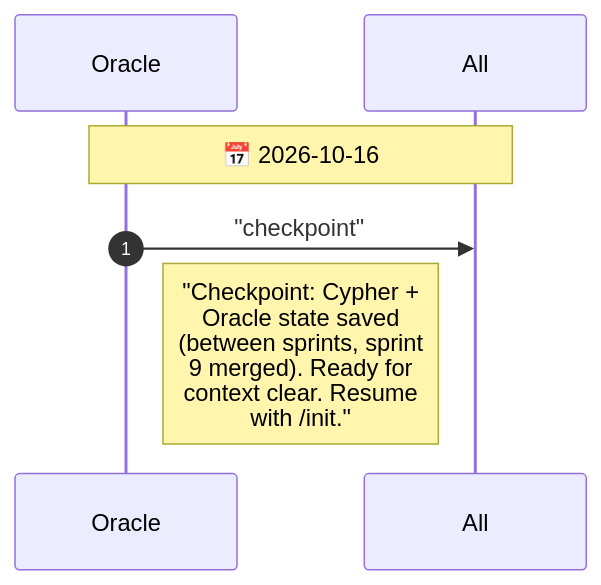
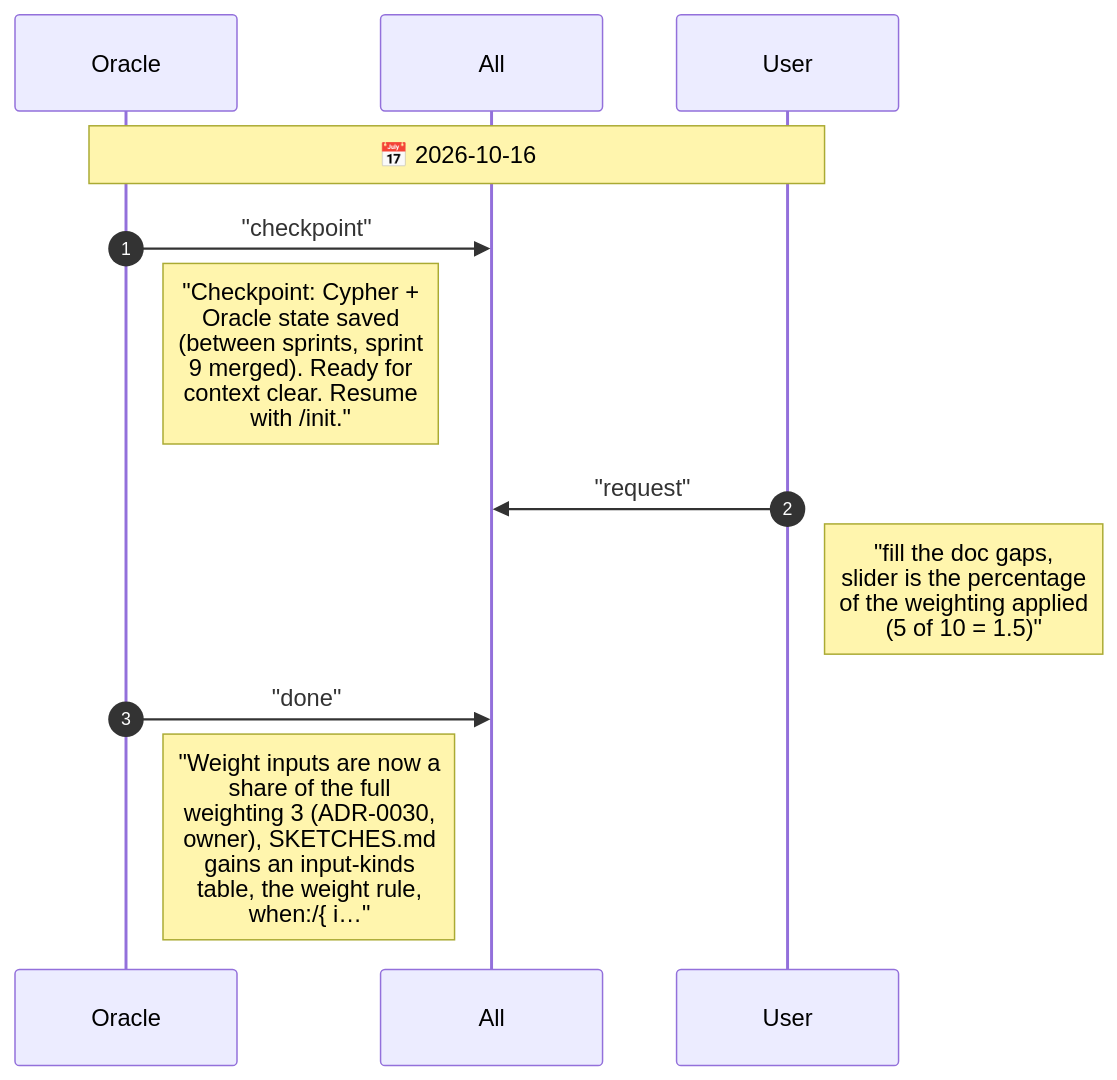
Before and after one commit to drusifer/understudy: the diagram in agents/CHAT.diagram.md, drawn with Mermaid. The commit also changed 14 other files, not shown here.

First line of the commit message:
Weight inputs are a share of the full weighting; document input kinds, when: and { input: }

````diff
--- a/agents/CHAT.diagram.md
+++ b/agents/CHAT.diagram.md
@@ -5,10 +5,15 @@
 ```mermaid
 %%{init: {"sequence": {"messageFontSize": 14, "noteFontSize": 18, "actorFontSize": 14}}}%%
 sequenceDiagram
     autonumber
     participant Oracle
     participant All
-    Note over Oracle,All: 📅 2026-10-16
+    participant User
+    Note over Oracle,User: 📅 2026-10-16
     Oracle->>All: "checkpoint"
     Note right of Oracle: "Checkpoint: Cypher +<br/>Oracle state saved<br/>(between sprints, sprint<br/>9 merged). Ready for<br/>context clear. Resume<br/>with /init."
+    User->>All: "request"
+    Note right of User: "fill the doc gaps,<br/>slider is the percentage<br/>of the weighting applied<br/>(5 of 10 = 1.5)"
+    Oracle->>All: "done"
+    Note right of Oracle: "Weight inputs are now a<br/>share of the full<br/>weighting 3 (ADR-0030,<br/>owner), SKETCHES.md<br/>gains an input-kinds<br/>table, the weight rule,<br/>when:/{ i…"
 ```
````
